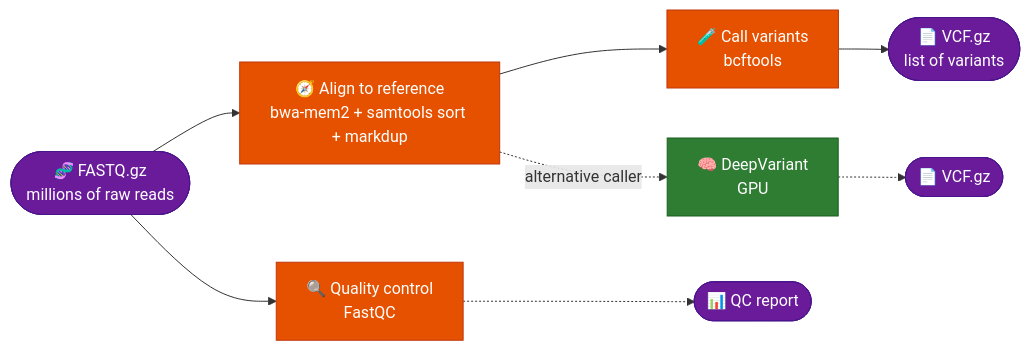
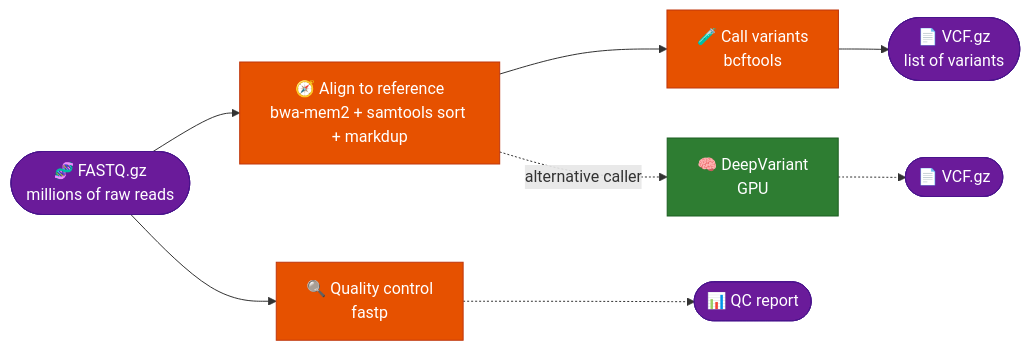
One commit to Harry5haw/Geyser-Genomics changed the first of 3 diagrams in README.md. Above: the diagram before and after it, drawn with Mermaid. The commit also changed other lines of this file and 1 other file, not shown here.

Commit message:
README: fastp for quality control

````diff
--- a/README.md
+++ b/README.md
@@ -75,17 +75,17 @@
 ```mermaid
 flowchart LR
-    IN(["🧬 FASTQ.gz<br/>millions of raw reads"]) --> Q["🔍 Quality control<br/>FastQC"]
+    IN(["🧬 FASTQ.gz<br/>millions of raw reads"]) --> Q["🔍 Quality control<br/>fastp"]
     IN --> A["🧭 Align to reference<br/>bwa-mem2 + samtools sort + markdup"]
     A --> V["🧪 Call variants<br/>bcftools"]
     V --> OUT(["📄 VCF.gz<br/>list of variants"])
     A -.->|"alternative caller"| DV["🧠 DeepVariant<br/>GPU"]
     DV -.-> OUT2(["📄 VCF.gz"])
     Q -.-> R(["📊 QC report"])
 
     classDef io fill:#6A1B9A,stroke:#4A148C,color:#fff
     classDef stage fill:#E65100,stroke:#BF360C,color:#fff
     classDef alt fill:#2E7D32,stroke:#1B5E20,color:#fff
     class IN,OUT,OUT2,R io
     class Q,A,V stage
     class DV alt
 ```
````
